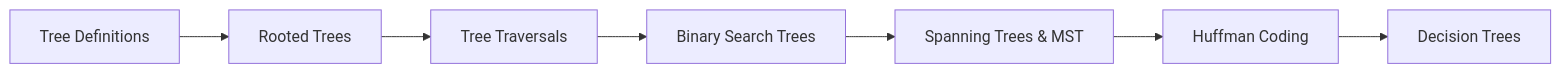
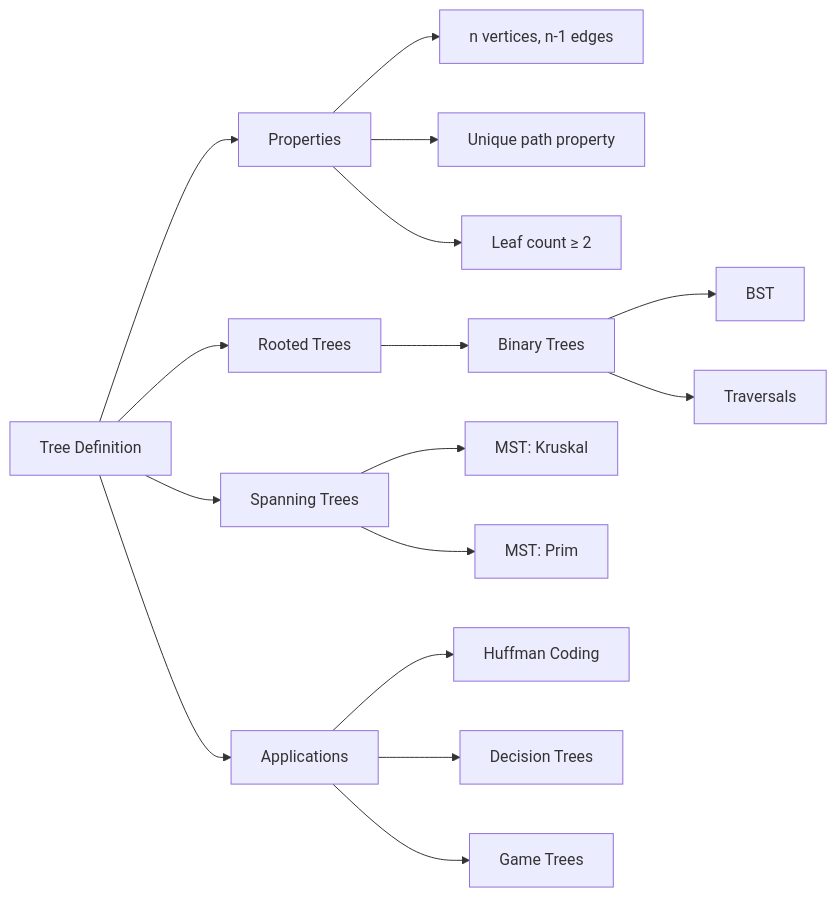
Before and after one commit to Raushan666java/ai-engineering-journey: the diagram in docs/courses/discrete-mathematics/10-trees.md, drawn with Mermaid. The commit also changed other lines of this file and 62 other files, not shown here.

````diff
--- a/docs/courses/discrete-mathematics/10-trees.md
+++ b/docs/courses/discrete-mathematics/10-trees.md
@@ -32,9 +31,18 @@
 ```mermaid
 flowchart LR
-    A[Tree Definitions] --> B[Rooted Trees]
-    B --> C[Tree Traversals]
-    C --> D[Binary Search Trees]
-    D --> E[Spanning Trees & MST]
-    E --> F[Huffman Coding]
-    F --> G[Decision Trees]
+    A[Tree Definition] --> B[Properties]
+    B --> C[n vertices, n-1 edges]
+    B --> D[Unique path property]
+    B --> E[Leaf count ≥ 2]
+    A --> F[Rooted Trees]
+    F --> G[Binary Trees]
+    G --> H[BST]
+    G --> I[Traversals]
+    A --> J[Spanning Trees]
+    J --> K[MST: Kruskal]
+    J --> L[MST: Prim]
+    A --> M[Applications]
+    M --> N[Huffman Coding]
+    M --> O[Decision Trees]
+    M --> P[Game Trees]
 ```
````
